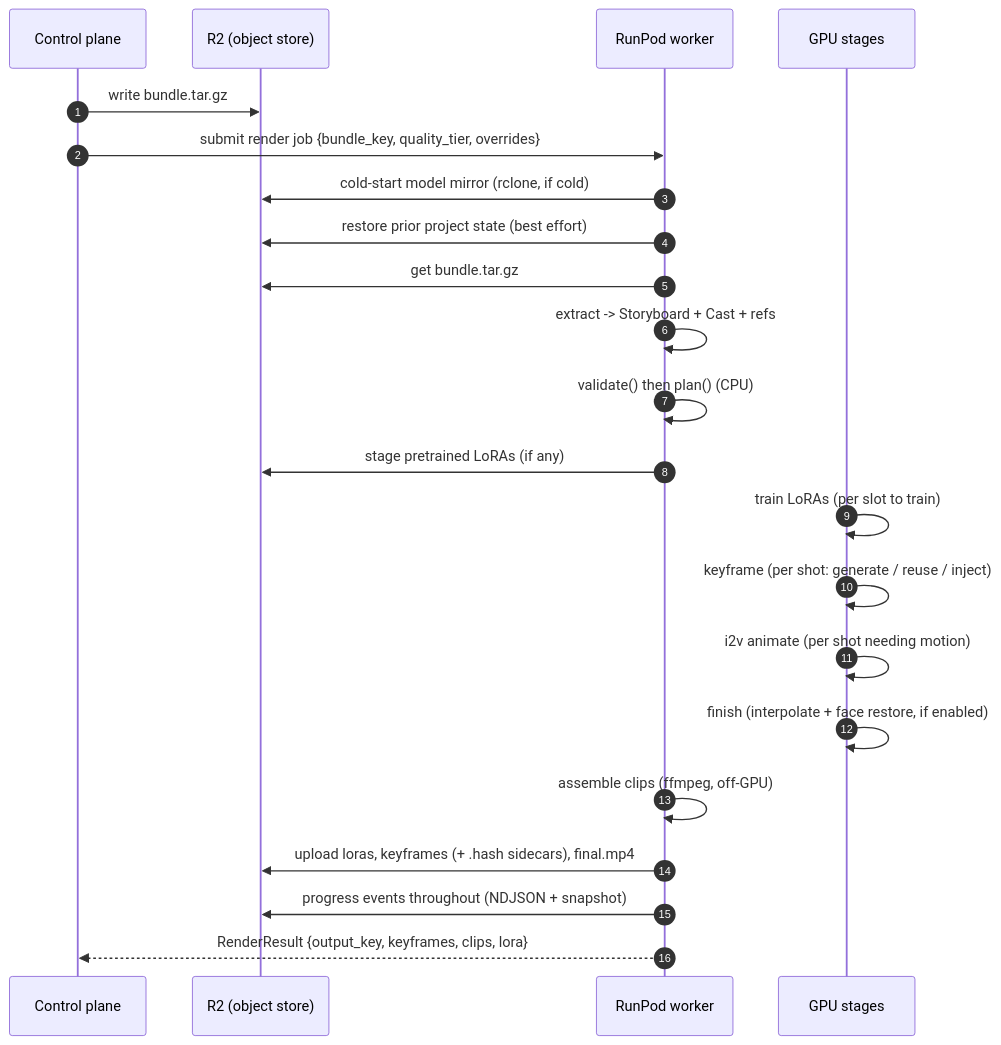
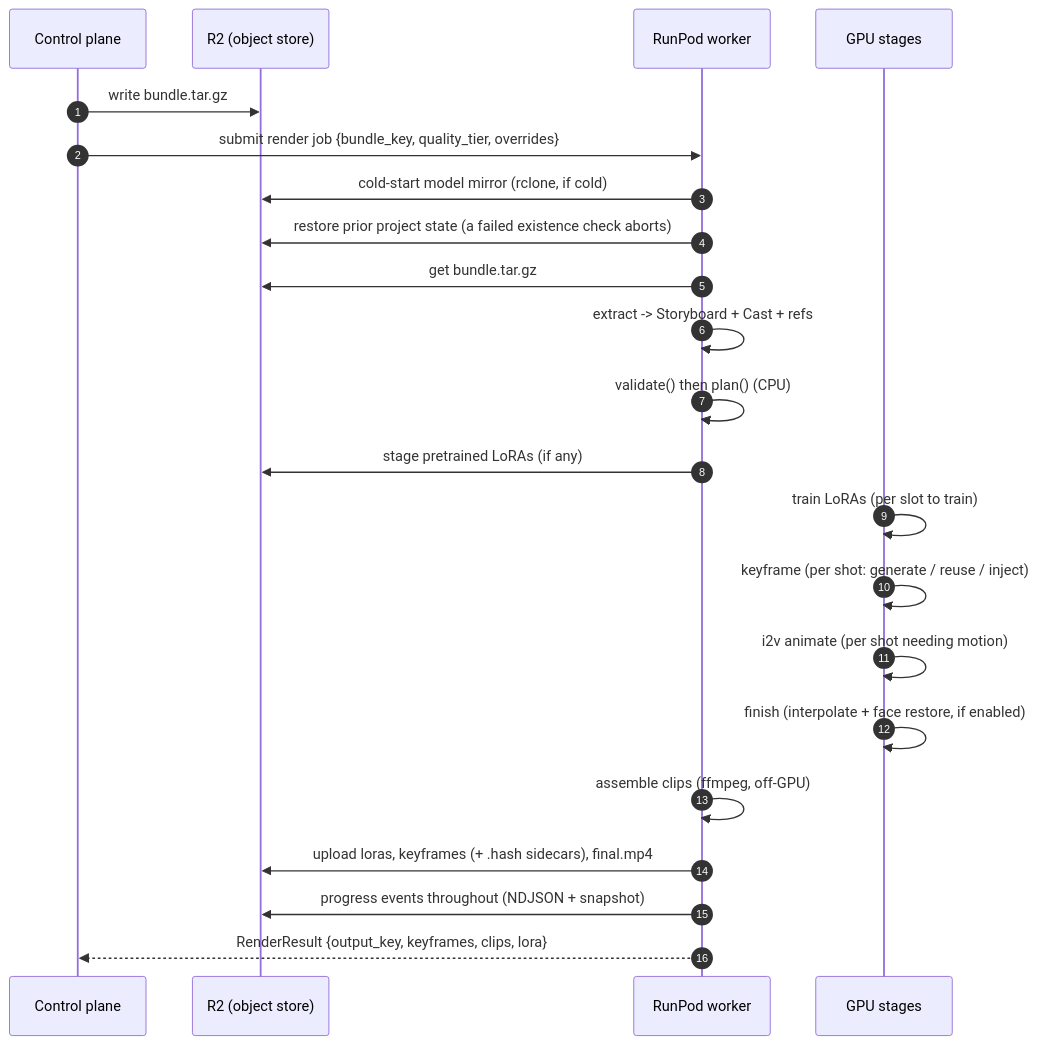
One commit to skyphusion-labs/vivijure-backend changed the second of 5 diagrams in docs/architecture.md. Above: the diagram before and after it, drawn with Mermaid. The commit also changed 5 other files, not shown here.

First line of the commit message:
fix(handler): a stored-state existence error aborts the job instead of retraining (#475)

````diff
--- a/docs/architecture.md
+++ b/docs/architecture.md
@@ -98,25 +98,25 @@
 ```mermaid
 sequenceDiagram
     autonumber
     participant CP as Control plane
     participant R2 as R2 (object store)
     participant W as RunPod worker
     participant GPU as GPU stages
 
     CP->>R2: write bundle.tar.gz
     CP->>W: submit render job {bundle_key, quality_tier, overrides}
     W->>R2: cold-start model mirror (rclone, if cold)
-    W->>R2: restore prior project state (best effort)
+    W->>R2: restore prior project state (a failed existence check aborts)
     W->>R2: get bundle.tar.gz
     W->>W: extract -> Storyboard + Cast + refs
     W->>W: validate() then plan() (CPU)
     W->>R2: stage pretrained LoRAs (if any)
     GPU->>GPU: train LoRAs (per slot to train)
     GPU->>GPU: keyframe (per shot: generate / reuse / inject)
     GPU->>GPU: i2v animate (per shot needing motion)
     GPU->>GPU: finish (interpolate + face restore, if enabled)
     W->>W: assemble clips (ffmpeg, off-GPU)
     W->>R2: upload loras, keyframes (+ .hash sidecars), final.mp4
     W->>R2: progress events throughout (NDJSON + snapshot)
     W-->>CP: RenderResult {output_key, keyframes, clips, lora}
 ```
````
